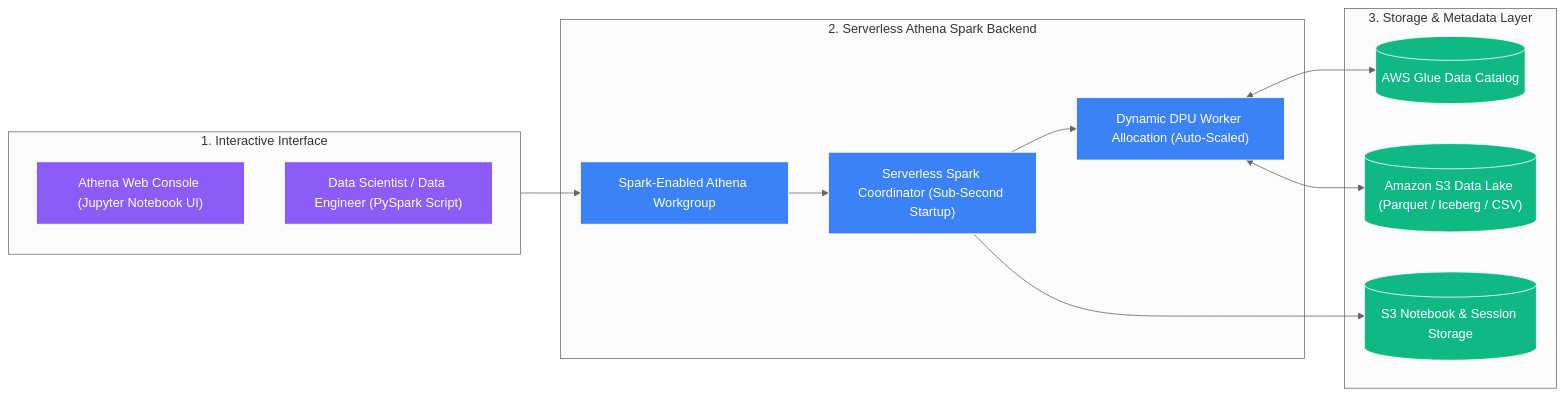
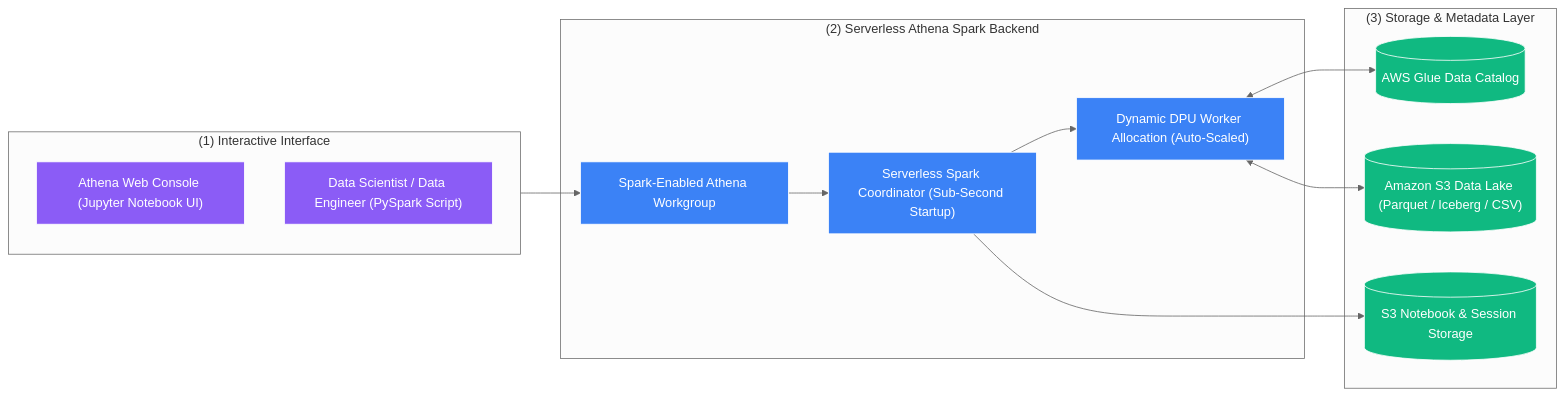
One commit to Wathon/aws-dea-c01-note changed the diagram in content/en/02-services/analytics-streaming/athena/athena-spark.md. Above: the diagram before and after it, drawn with Mermaid (neutral theme). The commit also changed 49 other files, not shown here.

Commit message:
Fix 'Unsupported markdown: list' Mermaid rendering issues across all English and Burmese notes

````diff
--- a/content/en/02-services/analytics-streaming/athena/athena-spark.md
+++ b/content/en/02-services/analytics-streaming/athena/athena-spark.md
@@ -33,34 +33,34 @@
 ```mermaid
 graph LR
-    subgraph UserInterface["1. Interactive Interface"]
+    subgraph UserInterface["(1) Interactive Interface"]
         Console["Athena Web Console (Jupyter Notebook UI)"]
         PythonDev["Data Scientist / Data Engineer (PySpark Script)"]
     end
 
-    subgraph AthenaSparkEngine["2. Serverless Athena Spark Backend"]
+    subgraph AthenaSparkEngine["(2) Serverless Athena Spark Backend"]
         Workgroup["Spark-Enabled Athena Workgroup"]
         SparkCoordinator["Serverless Spark Coordinator (Sub-Second Startup)"]
         DPUWorkers["Dynamic DPU Worker Allocation (Auto-Scaled)"]
     end
 
-    subgraph StorageMetadata["3. Storage & Metadata Layer"]
+    subgraph StorageMetadata["(3) Storage & Metadata Layer"]
         Catalog[("AWS Glue Data Catalog")]
         S3Data[("Amazon S3 Data Lake (Parquet / Iceberg / CSV)")]
         NotebookBucket[("S3 Notebook & Session Storage")]
     end
 
     UserInterface --> Workgroup
     Workgroup --> SparkCoordinator
     SparkCoordinator --> DPUWorkers
     DPUWorkers <--> Catalog
     DPUWorkers <--> S3Data
     SparkCoordinator --> NotebookBucket
 
     classDef ui fill:#8b5cf6,stroke:#fff,stroke-width:1px,color:#fff;
     classDef engine fill:#3b82f6,stroke:#fff,stroke-width:1px,color:#fff;
     classDef storage fill:#10b981,stroke:#fff,stroke-width:1px,color:#fff;
 
     class Console,PythonDev ui;
     class Workgroup,SparkCoordinator,DPUWorkers engine;
     class Catalog,S3Data,NotebookBucket storage;
 ```
````
